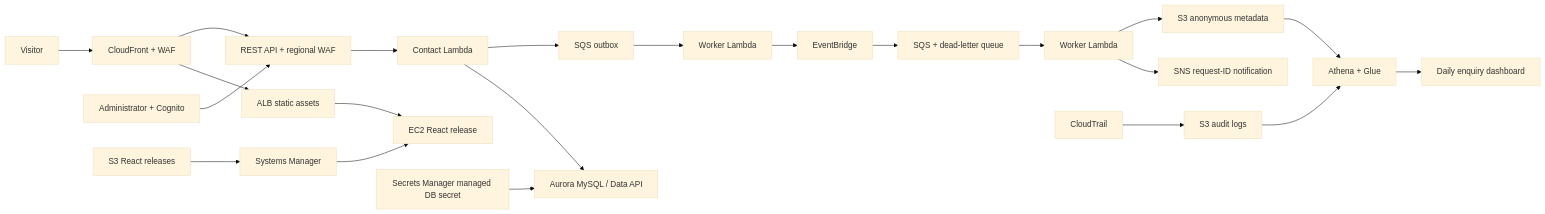
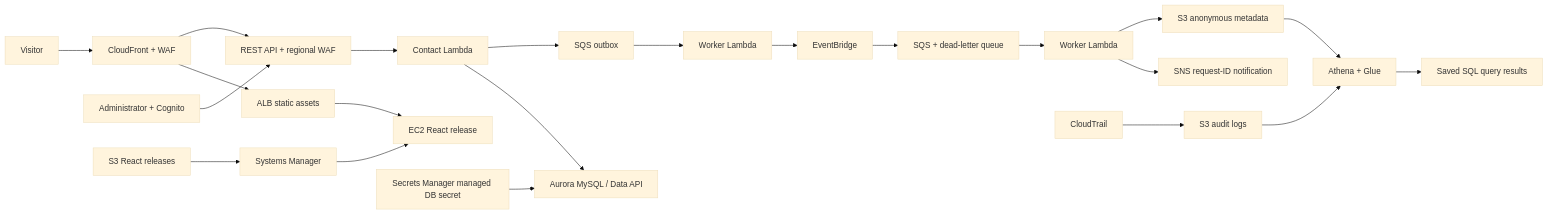
One commit to Abubakir1992/project_terraform_aws changed the diagram in docs/architecture.md. Above: the diagram before and after it, drawn with Mermaid (base theme). The commit also changed 13 other files, not shown here.

Commit message:
Remove QuickSight and retain Athena analytics

````diff
--- a/docs/architecture.md
+++ b/docs/architecture.md
@@ -3,24 +3,24 @@
 ```mermaid
 flowchart LR
   Visitor --> CF[CloudFront + WAF]
   CF --> ALB[ALB static assets]
   ALB --> EC2[EC2 React release]
   CF --> API[REST API + regional WAF]
   API --> Lambda[Contact Lambda]
   Lambda --> Aurora[Aurora MySQL / Data API]
   Secrets[Secrets Manager managed DB secret] --> Aurora
   Lambda --> Outbox[SQS outbox]
   Outbox --> Relay[Worker Lambda]
   Relay --> Events[EventBridge]
   Events --> Queue[SQS + dead-letter queue]
   Queue --> Worker[Worker Lambda]
   Worker --> SNS[SNS request-ID notification]
   Worker --> Analytics[S3 anonymous metadata]
   Analytics --> Athena[Athena + Glue]
-  Athena --> QuickSight[Daily enquiry dashboard]
+  Athena --> Reports[Saved SQL query results]
   CloudTrail --> Audit[S3 audit logs]
   Audit --> Athena
   Admin[Administrator + Cognito] --> API
   Releases[S3 React releases] --> SSM[Systems Manager]
   SSM --> EC2
 ```
````
